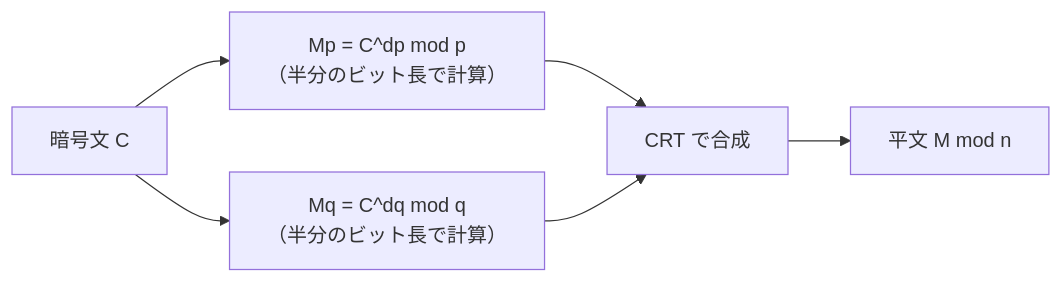
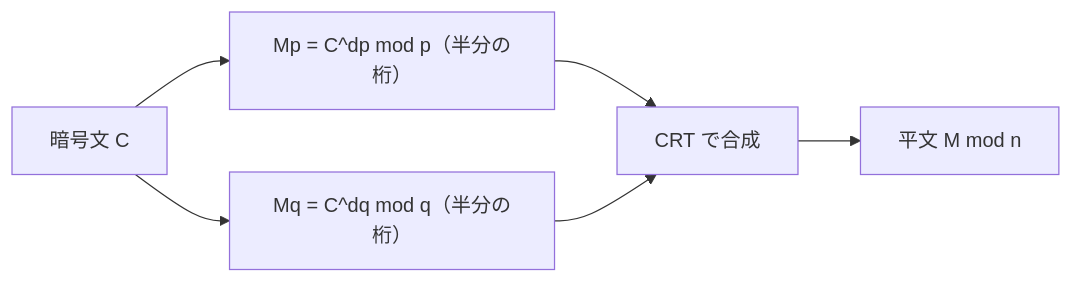
One commit to SomaTomita/sec-prep changed the diagram in topics/01_prerequisites/01_math-for-crypto/03_number-theory/04_crt.md. Above: the diagram before and after it, drawn with Mermaid. The commit also changed other lines of this file and 5 other files, not shown here.

````diff
--- a/topics/01_prerequisites/01_math-for-crypto/03_number-theory/04_crt.md
+++ b/topics/01_prerequisites/01_math-for-crypto/03_number-theory/04_crt.md
@@ -96,8 +95,8 @@
 ```mermaid
 flowchart LR
-    C["暗号文 C"] --> P["Mp = C^dp mod p<br/>（半分のビット長で計算）"]
-    C --> Q["Mq = C^dq mod q<br/>（半分のビット長で計算）"]
+    C["暗号文 C"] --> P["Mp = C^dp mod p（半分の桁）"]
+    C --> Q["Mq = C^dq mod q（半分の桁）"]
     P --> CRT["CRT で合成"]
     Q --> CRT
     CRT --> M["平文 M mod n"]
 ```
````
